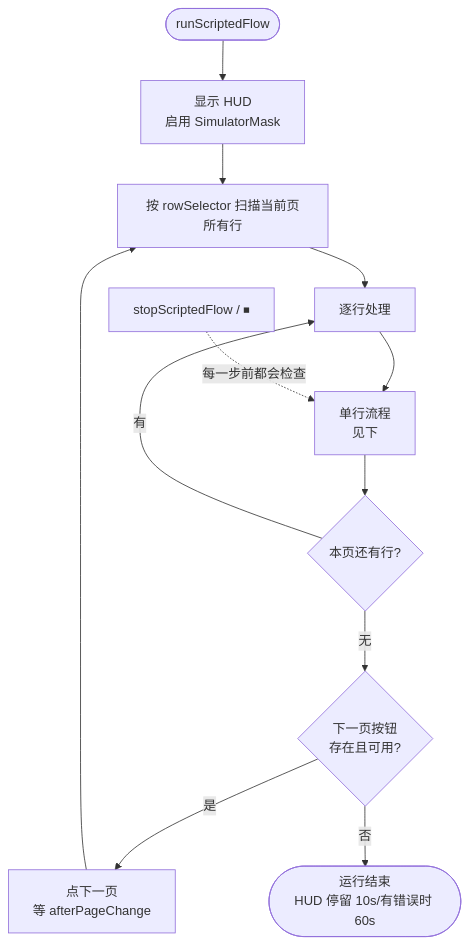
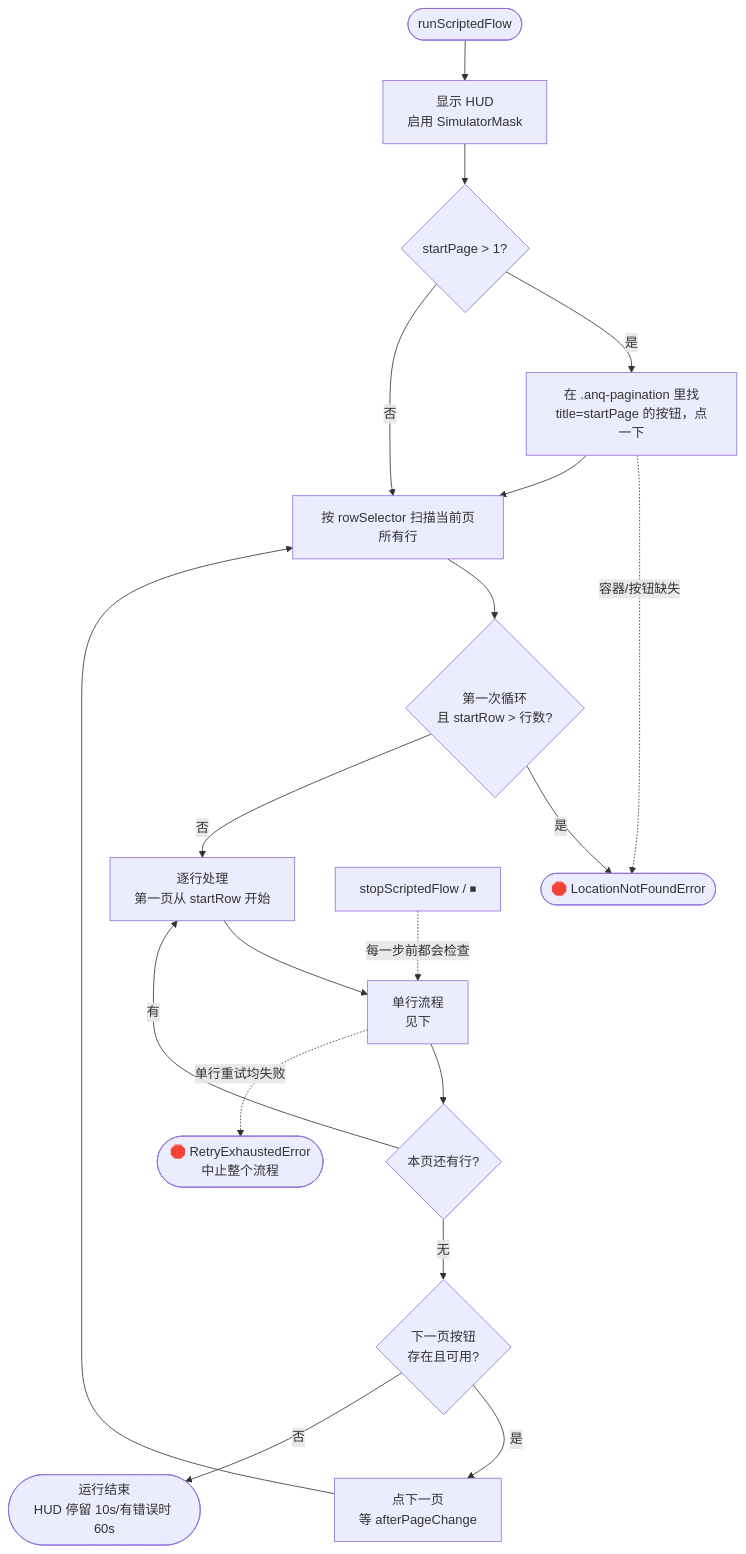
Before and after one commit to scstc/page-agent: the first of 3 diagrams in packages/page-agent/docs/scripted-flow.md, drawn with Mermaid. The commit also changed other lines of this file and 1 other file, not shown here.

First line of the commit message:
feat(page-agent): scripted-flow halt-on-failure + resume from page/row

````diff
--- a/packages/page-agent/docs/scripted-flow.md
+++ b/packages/page-agent/docs/scripted-flow.md
@@ -64,14 +64,21 @@
 ```mermaid
 flowchart TD
     Start([runScriptedFlow]) --> ShowHUD[显示 HUD<br/>启用 SimulatorMask]
-    ShowHUD --> PageLoop[按 rowSelector 扫描当前页所有行]
-    PageLoop --> RowLoop[逐行处理]
+    ShowHUD --> Skip{startPage > 1?}
+    Skip -- 是 --> JumpPage[在 .anq-pagination 里找<br/>title=startPage 的按钮，点一下]
+    JumpPage -. 容器/按钮缺失 .-> NotFound([🛑 LocationNotFoundError])
+    Skip -- 否 --> PageLoop
+    JumpPage --> PageLoop[按 rowSelector 扫描当前页所有行]
+    PageLoop --> StartRowGate{第一次循环<br/>且 startRow > 行数?}
+    StartRowGate -- 是 --> NotFound
+    StartRowGate -- 否 --> RowLoop[逐行处理<br/>第一页从 startRow 开始]
     RowLoop --> PerRow[单行流程<br/>见下]
     PerRow --> MoreRows{本页还有行?}
     MoreRows -- 有 --> RowLoop
     MoreRows -- 无 --> NextBtn{下一页按钮<br/>存在且可用?}
     NextBtn -- 是 --> ClickNext[点下一页<br/>等 afterPageChange]
     ClickNext --> PageLoop
     NextBtn -- 否 --> Finish([运行结束<br/>HUD 停留 10s/有错误时 60s])
     Abort[stopScriptedFlow / ⏹] -.每一步前都会检查.-> PerRow
+    PerRow -. 单行重试均失败 .-> Halt([🛑 RetryExhaustedError<br/>中止整个流程])
 ```
````
